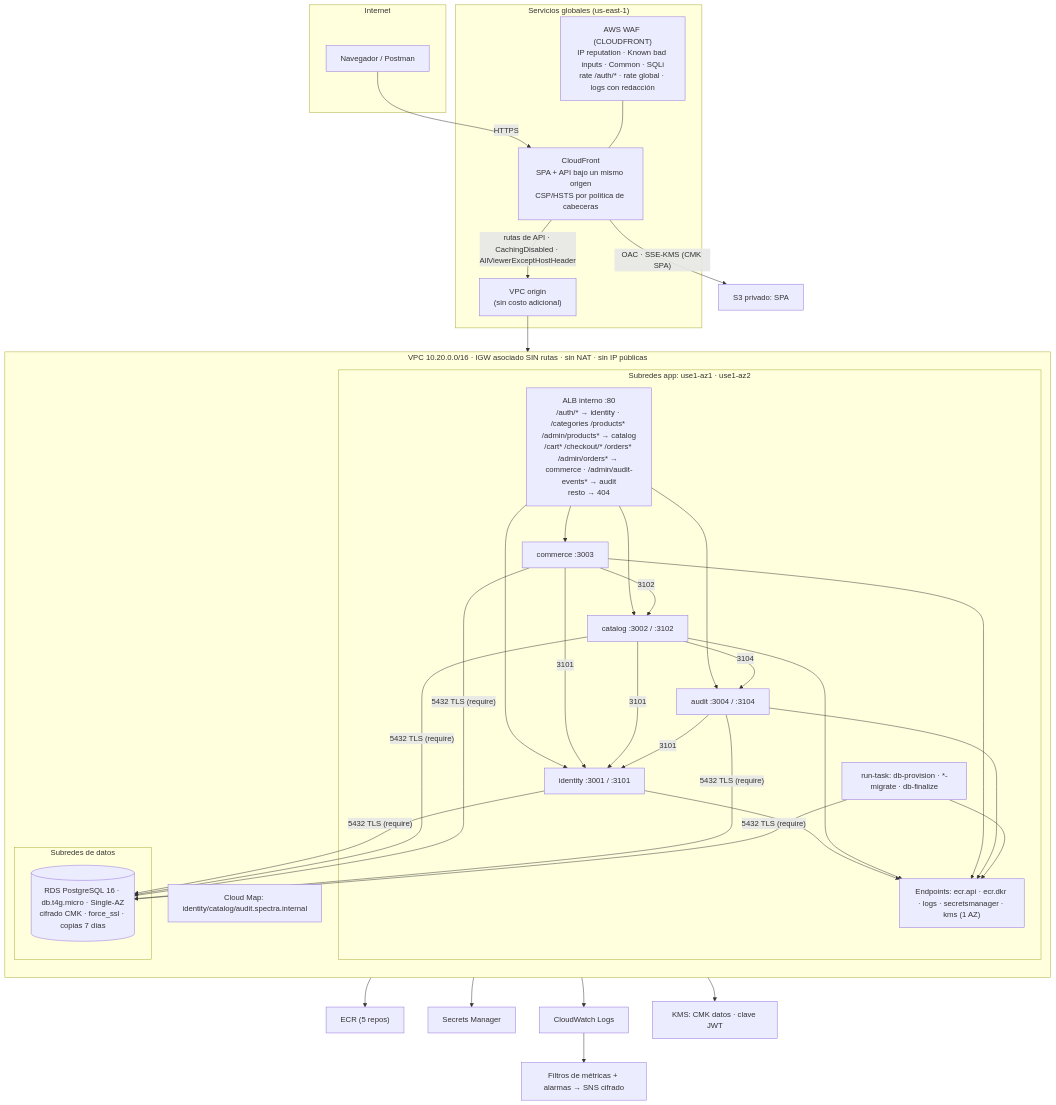
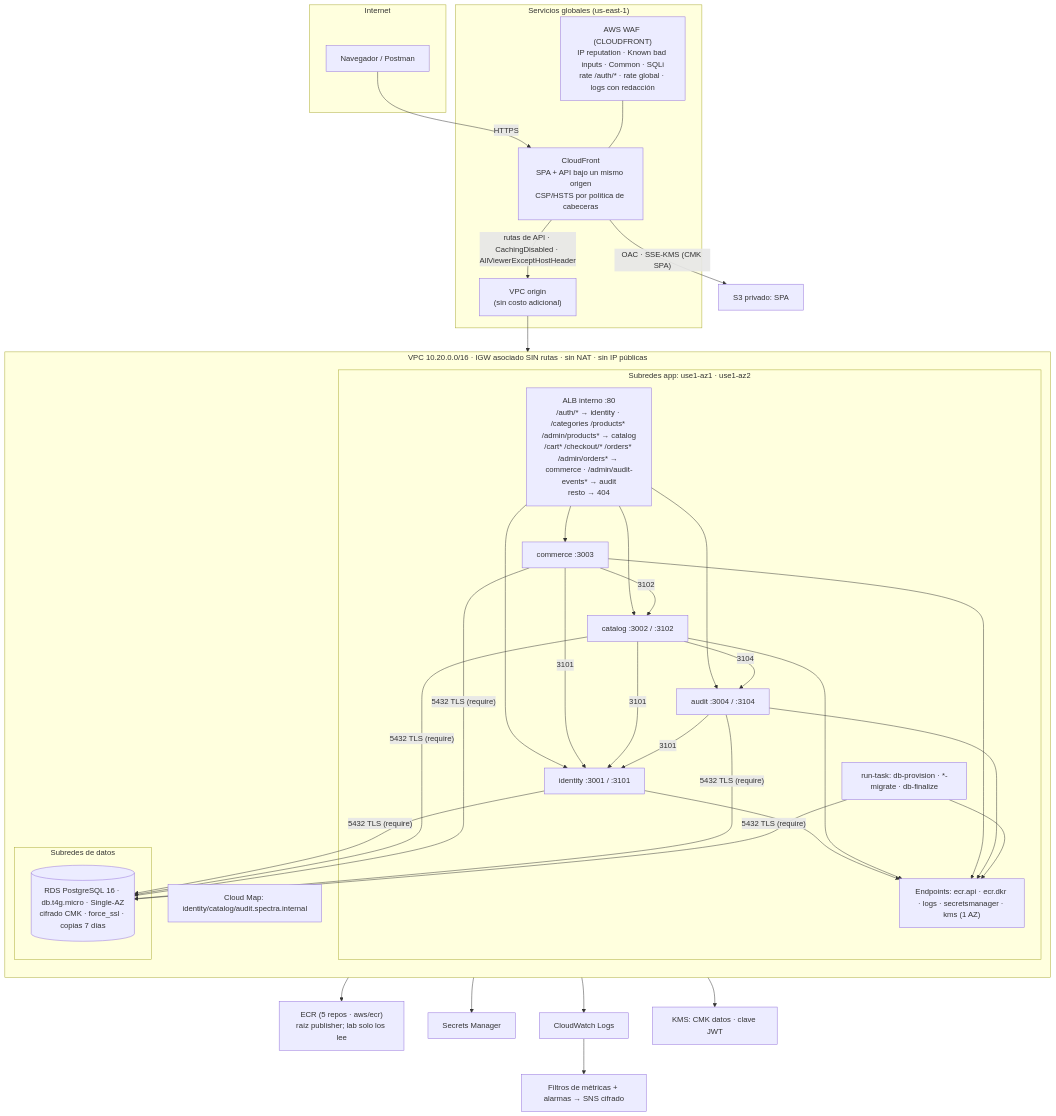
The diagram in infra/terraform/docs/01-arquitectura-y-recursos.md (Torres21C/spectra-shop), drawn with Mermaid before and after one commit. The commit also changed other lines of this file and 10 other files, not shown here.

````diff
--- a/infra/terraform/docs/01-arquitectura-y-recursos.md
+++ b/infra/terraform/docs/01-arquitectura-y-recursos.md
@@ -7,42 +7,42 @@
 ```mermaid
 flowchart TB
   subgraph Internet
     U["Navegador / Postman"]
   end
   subgraph Global["Servicios globales (us-east-1)"]
     WAF["AWS WAF (CLOUDFRONT)<br/>IP reputation · Known bad inputs · Common · SQLi<br/>rate /auth/* · rate global · logs con redacción"]
     CF["CloudFront<br/>SPA + API bajo un mismo origen<br/>CSP/HSTS por política de cabeceras"]
     VO["VPC origin<br/>(sin costo adicional)"]
   end
   U -->|"HTTPS"| CF
   WAF --- CF
   CF -->|"OAC · SSE-KMS (CMK SPA)"| S3["S3 privado: SPA"]
   CF -->|"rutas de API · CachingDisabled · AllViewerExceptHostHeader"| VO
   subgraph VPC["VPC 10.20.0.0/16 · IGW asociado SIN rutas · sin NAT · sin IP públicas"]
     direction TB
     subgraph APP["Subredes app: use1-az1 · use1-az2"]
       ALB["ALB interno :80<br/>/auth/* → identity · /categories /products* /admin/products* → catalog<br/>/cart* /checkout/* /orders* /admin/orders* → commerce · /admin/audit-events* → audit<br/>resto → 404"]
       ID["identity :3001 / :3101"]
       CA["catalog :3002 / :3102"]
       CO["commerce :3003"]
       AU["audit :3004 / :3104"]
       OPS["run-task: db-provision · *-migrate · db-finalize"]
       VPCE["Endpoints: ecr.api · ecr.dkr · logs · secretsmanager · kms (1 AZ)"]
     end
     subgraph DATA["Subredes de datos"]
       RDS[("RDS PostgreSQL 16 · db.t4g.micro · Single-AZ<br/>cifrado CMK · force_ssl · copias 7 días")]
     end
     CM["Cloud Map: identity/catalog/audit.spectra.internal"]
   end
   VO --> ALB
   ALB --> ID & CA & CO & AU
   CO -->|3101| ID
   CA -->|3101| ID
   AU -->|3101| ID
   CO -->|3102| CA
   CA -->|3104| AU
   ID & CA & CO & AU & OPS -->|"5432 TLS (require)"| RDS
   ID & CA & CO & AU & OPS --> VPCE
-  VPCE --> ECR["ECR (5 repos)"] & SM["Secrets Manager"] & CWL["CloudWatch Logs"] & KMS["KMS: CMK datos · clave JWT"]
+  VPCE --> ECR["ECR (5 repos · aws/ecr)<br/>raíz publisher; lab solo los lee"] & SM["Secrets Manager"] & CWL["CloudWatch Logs"] & KMS["KMS: CMK datos · clave JWT"]
   CWL --> ALARM["Filtros de métricas + alarmas → SNS cifrado"]
 ```
````
